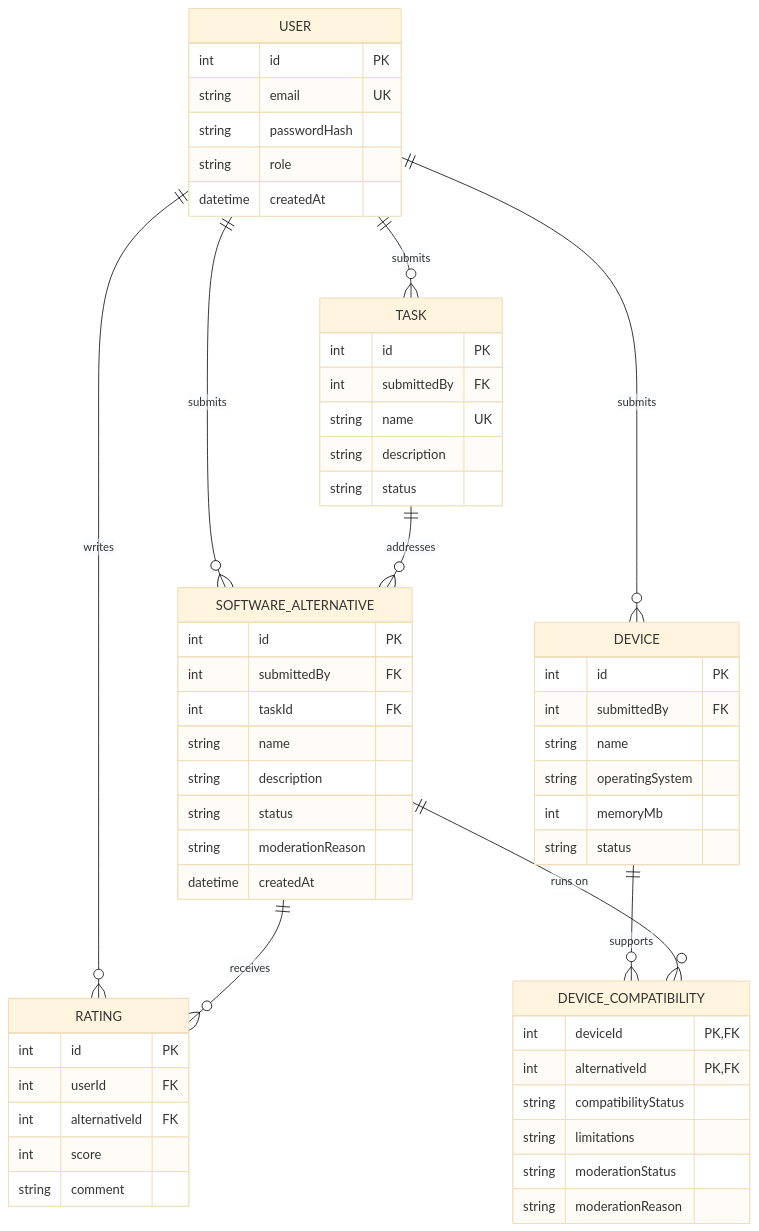
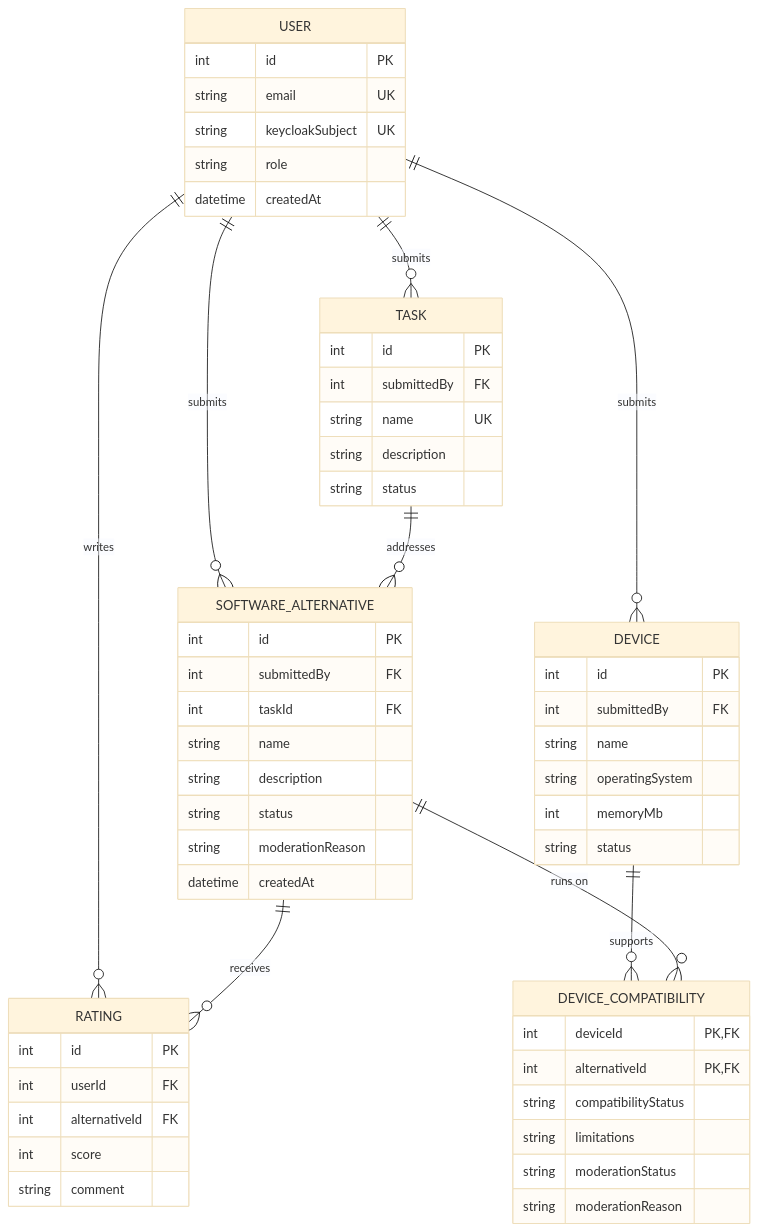
One commit to raphltr/project-raph-oilhan changed the diagram in docs/data-model.md. Above: the diagram before and after it, drawn with Mermaid (base theme). The commit also changed 24 other files, not shown here.

Commit message:
Remplace the handling of jwt from the app to an external identity provider (keycloak). The obtention of the jwt is done by asking keycloak (that run on a docker container) and needs the creation of user manually (didn't figure how to create them easilly automatically)

````diff
--- a/docs/data-model.md
+++ b/docs/data-model.md
@@ -5,59 +5,59 @@
 ```mermaid
 erDiagram
     USER ||--o{ SOFTWARE_ALTERNATIVE : submits
     USER ||--o{ TASK : submits
     USER ||--o{ DEVICE : submits
     USER ||--o{ RATING : writes
     SOFTWARE_ALTERNATIVE ||--o{ RATING : receives
     TASK ||--o{ SOFTWARE_ALTERNATIVE : addresses
     DEVICE ||--o{ DEVICE_COMPATIBILITY : supports
     SOFTWARE_ALTERNATIVE ||--o{ DEVICE_COMPATIBILITY : "runs on"
 
     USER {
         int id PK
         string email UK
-        string passwordHash
+        string keycloakSubject UK
         string role
         datetime createdAt
     }
     SOFTWARE_ALTERNATIVE {
         int id PK
         int submittedBy FK
         int taskId FK
         string name
         string description
         string status
         string moderationReason
         datetime createdAt
     }
     TASK {
         int id PK
         int submittedBy FK
         string name UK
         string description
         string status
     }
     DEVICE {
         int id PK
         int submittedBy FK
         string name
         string operatingSystem
         int memoryMb
         string status
     }
     DEVICE_COMPATIBILITY {
         int deviceId PK, FK
         int alternativeId PK, FK
         string compatibilityStatus
         string limitations
         string moderationStatus
         string moderationReason
     }
     RATING {
         int id PK
         int userId FK
         int alternativeId FK
         int score
         string comment
     }
 ```
````
